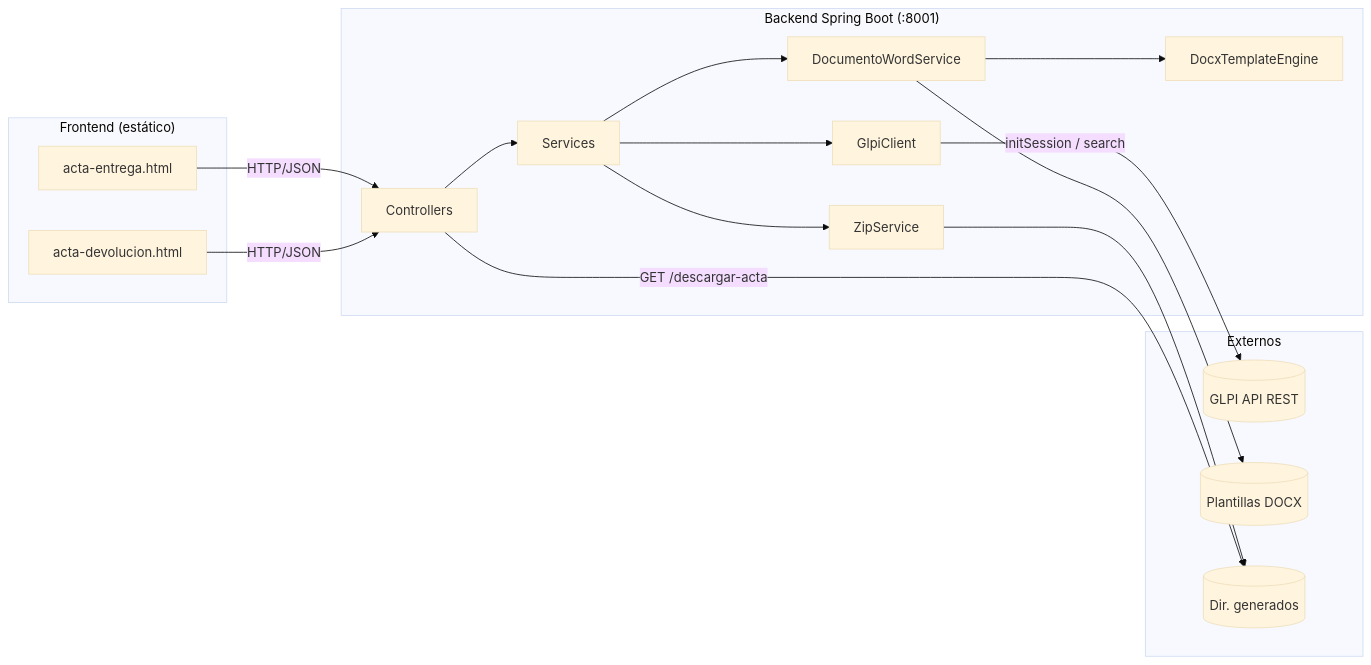
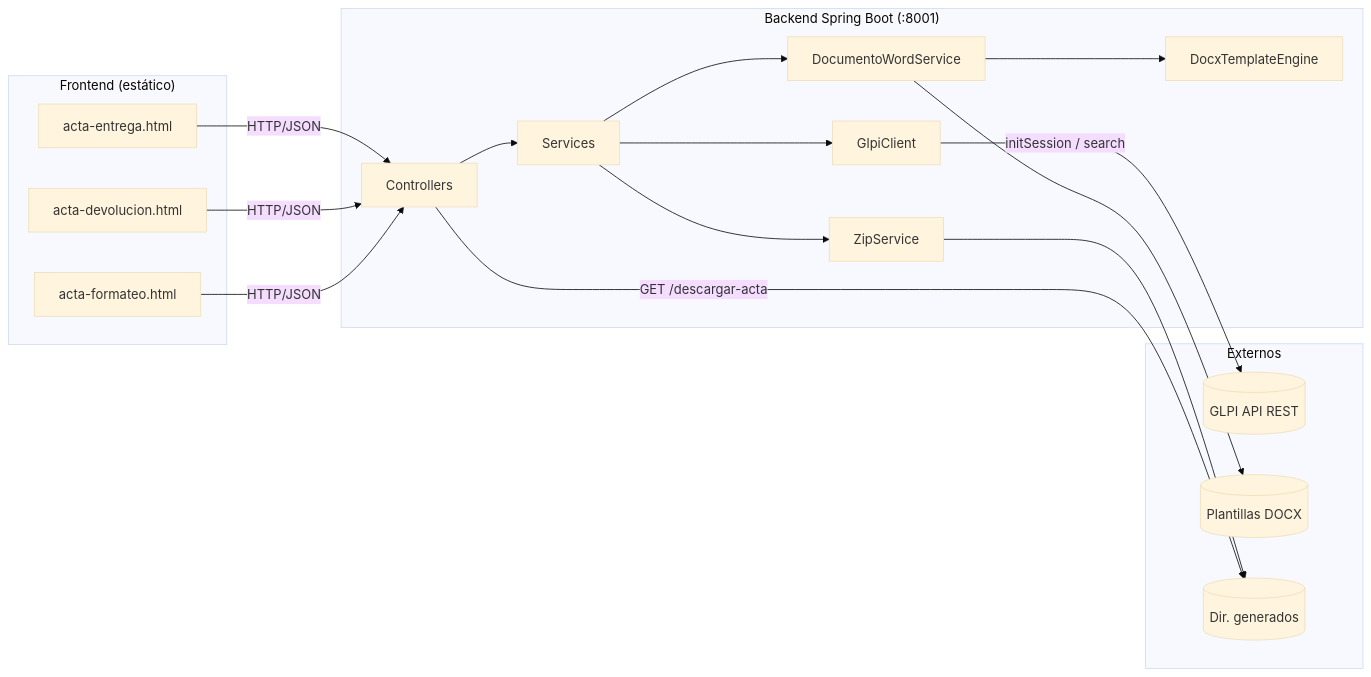
The first of 6 diagrams in ARQUITECTURA.md (juanjosehc/actas-glpi), drawn with Mermaid (base theme) before and after one commit. The commit also changed other lines of this file and 11 other files, not shown here.

````diff
--- a/ARQUITECTURA.md
+++ b/ARQUITECTURA.md
@@ -7,29 +9,31 @@
 ```mermaid
 flowchart LR
     subgraph FE["Frontend (estático)"]
-        P1[acta-entrega.html]
-        P2[acta-devolucion.html]
+        P1["acta-entrega.html"]
+        P2["acta-devolucion.html"]
+        P3["acta-formateo.html"]
     end
     subgraph BE["Backend Spring Boot (:8001)"]
-        C[Controllers]
-        S[Services]
-        W[DocumentoWordService]
-        E[DocxTemplateEngine]
-        Z[ZipService]
-        G[GlpiClient]
+        C["Controllers"]
+        S["Services"]
+        W["DocumentoWordService"]
+        E["DocxTemplateEngine"]
+        Z["ZipService"]
+        G["GlpiClient"]
     end
     subgraph EXT["Externos"]
-        GLPI[(GLPI API REST)]
-        DOCX[(Plantillas DOCX)]
-        TMP[(Dir. generados)]
+        GLPI[("GLPI API REST")]
+        DOCX[("Plantillas DOCX")]
+        TMP[("Dir. generados")]
     end
 
-    P1 -->|HTTP/JSON| C
-    P2 -->|HTTP/JSON| C
+    P1 -->|"HTTP/JSON"| C
+    P2 -->|"HTTP/JSON"| C
+    P3 -->|"HTTP/JSON"| C
     C --> S
     S --> W --> DOCX
     W --> E
     S --> Z --> TMP
-    S --> G -->|initSession / search| GLPI
-    C -->|GET /descargar-acta| TMP
+    S --> G -->|"initSession / search"| GLPI
+    C -->|"GET /descargar-acta"| TMP
 ```
````
